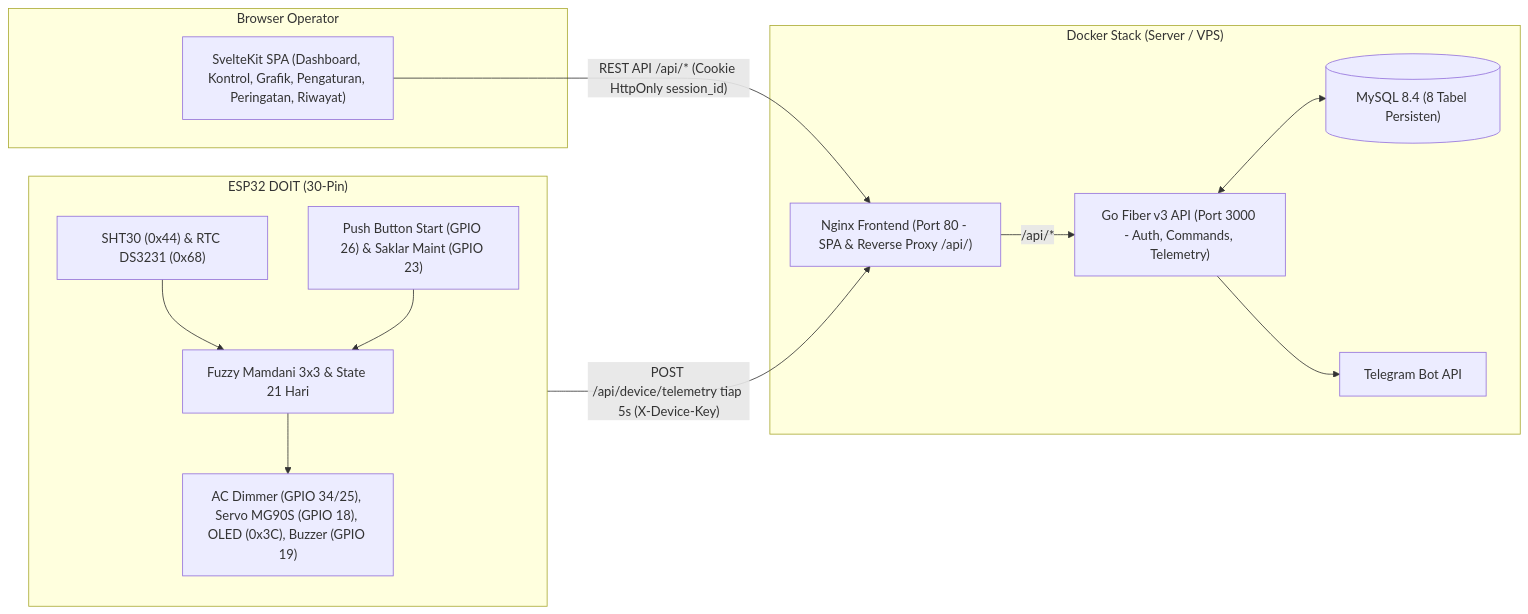
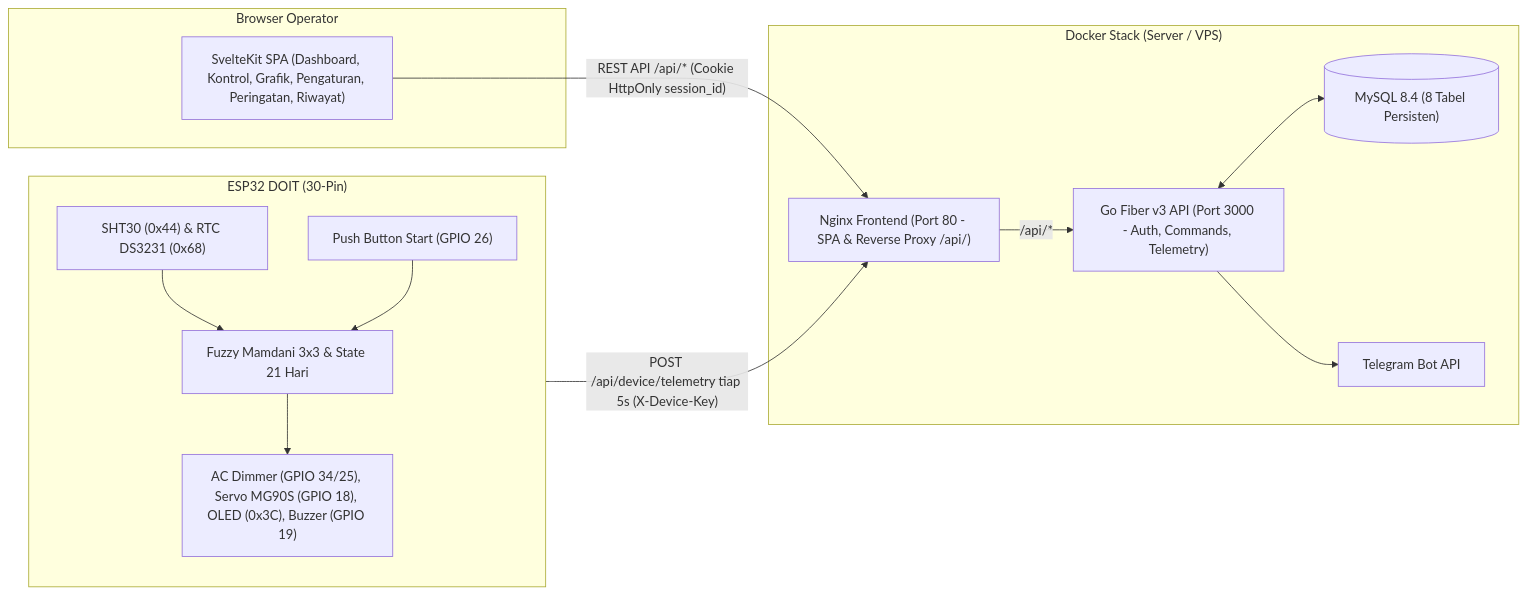
The diagram in README.md (ferandlim00/ITEBAINKUBATORTELUR2026), drawn with Mermaid before and after one commit. The commit also changed other lines of this file and 3 other files, not shown here.

Commit message:
Hapus Saklar Maintenance (GPIO 23) dari firmware ESP32 dan dokumentasi

````diff
--- a/README.md
+++ b/README.md
@@ -50,29 +50,29 @@
 ```mermaid
 flowchart LR
     subgraph ESP["ESP32 DOIT (30-Pin)"]
         SEN["SHT30 (0x44) & RTC DS3231 (0x68)"]
-        BTN["Push Button Start (GPIO 26) & Saklar Maint (GPIO 23)"]
+        BTN["Push Button Start (GPIO 26)"]
         FUZ["Fuzzy Mamdani 3x3 & State 21 Hari"]
         ACT["AC Dimmer (GPIO 34/25), Servo MG90S (GPIO 18), OLED (0x3C), Buzzer (GPIO 19)"]
         SEN --> FUZ
         BTN --> FUZ
         FUZ --> ACT
     end
 
     subgraph DOCKER["Docker Stack (Server / VPS)"]
         NGINX["Nginx Frontend (Port 80 - SPA & Reverse Proxy /api/)"]
         FIBER["Go Fiber v3 API (Port 3000 - Auth, Commands, Telemetry)"]
         MYSQL[("MySQL 8.4 (8 Tabel Persisten)")]
         TG["Telegram Bot API"]
         NGINX -- "/api/*" --> FIBER
         FIBER <--> MYSQL
         FIBER --> TG
     end
 
     subgraph CLIENT["Browser Operator"]
         UI["SvelteKit SPA (Dashboard, Kontrol, Grafik, Pengaturan, Peringatan, Riwayat)"]
     end
 
     ESP -- "POST /api/device/telemetry tiap 5s (X-Device-Key)" --> NGINX
     UI -- "REST API /api/* (Cookie HttpOnly session_id)" --> NGINX
 ```
````
